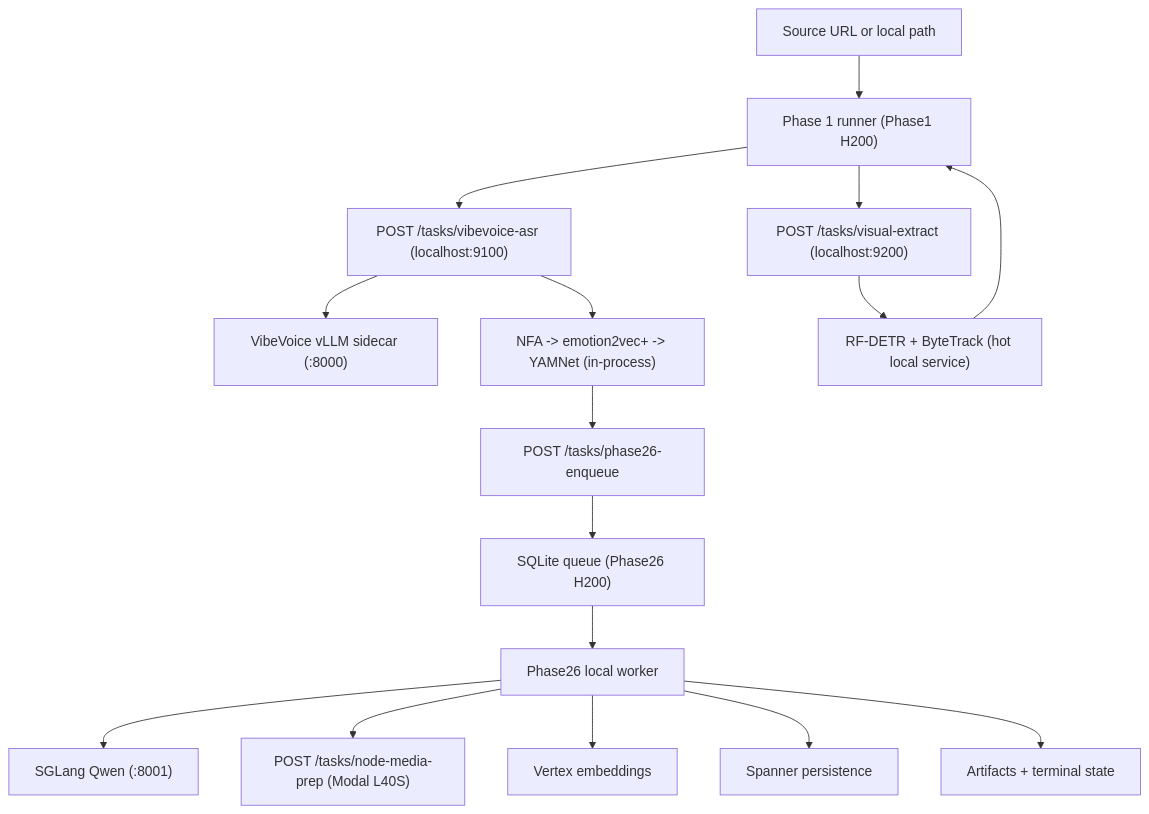
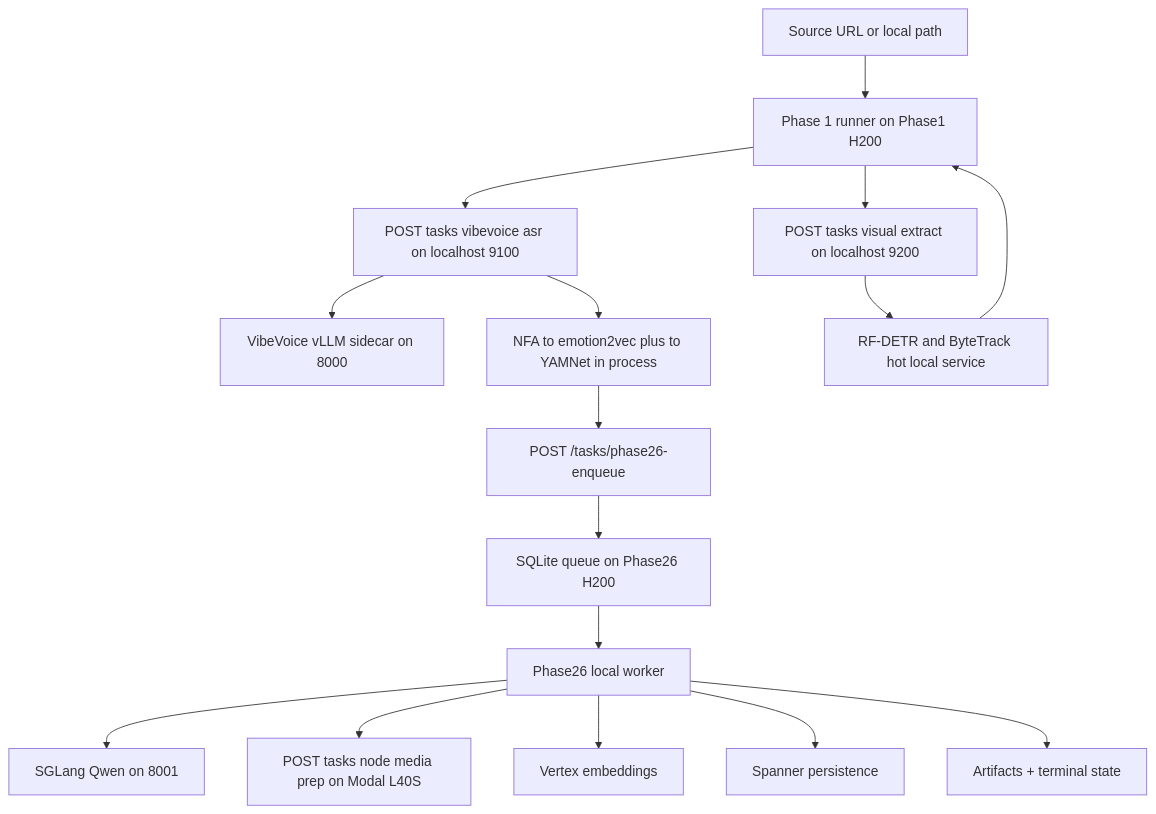
One commit to ClyptAI/Clypt-Backend changed the diagram in docs/ARCHITECTURE.md. Above: the diagram before and after it, drawn with Mermaid. The commit also changed 2 other files, not shown here.

Commit message:
Simplify Mermaid diagrams for GitHub rendering

````diff
--- a/docs/ARCHITECTURE.md
+++ b/docs/ARCHITECTURE.md
@@ -10,30 +10,30 @@
 ```mermaid
 flowchart TD
   source["Source URL or local path"]
-  p1["Phase 1 runner (Phase1 H200)"]
-  vvsvc["POST /tasks/vibevoice-asr (localhost:9100)"]
-  vvllm["VibeVoice vLLM sidecar (:8000)"]
-  audpost["NFA -> emotion2vec+ -> YAMNet (in-process)"]
-  visvc["POST /tasks/visual-extract (localhost:9200)"]
-  visual["RF-DETR + ByteTrack (hot local service)"]
+  p1["Phase 1 runner on Phase1 H200"]
+  vvsvc["POST tasks vibevoice asr on localhost 9100"]
+  vvllm["VibeVoice vLLM sidecar on 8000"]
+  audpost["NFA to emotion2vec plus to YAMNet in process"]
+  visvc["POST tasks visual extract on localhost 9200"]
+  visual["RF-DETR and ByteTrack hot local service"]
   dispatch["POST /tasks/phase26-enqueue"]
-  q["SQLite queue (Phase26 H200)"]
+  q["SQLite queue on Phase26 H200"]
   worker["Phase26 local worker"]
-  llm["SGLang Qwen (:8001)"]
-  modal["POST /tasks/node-media-prep (Modal L40S)"]
+  llm["SGLang Qwen on 8001"]
+  modal["POST tasks node media prep on Modal L40S"]
   emb["Vertex embeddings"]
   sp["Spanner persistence"]
   out["Artifacts + terminal state"]
 
   source --> p1
   p1 --> vvsvc --> vvllm
   vvsvc --> audpost
   p1 --> visvc --> visual
   audpost --> dispatch --> q --> worker
   worker --> llm
   worker --> modal
   worker --> emb
   worker --> sp
   worker --> out
   visual --> p1
 ```
````
